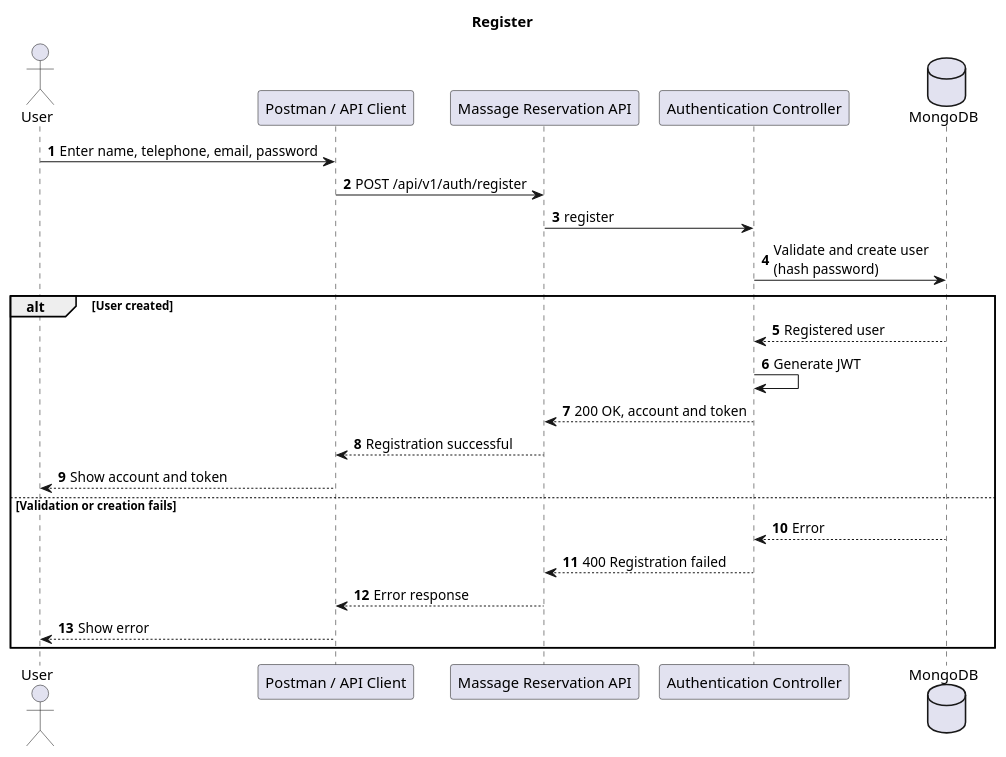
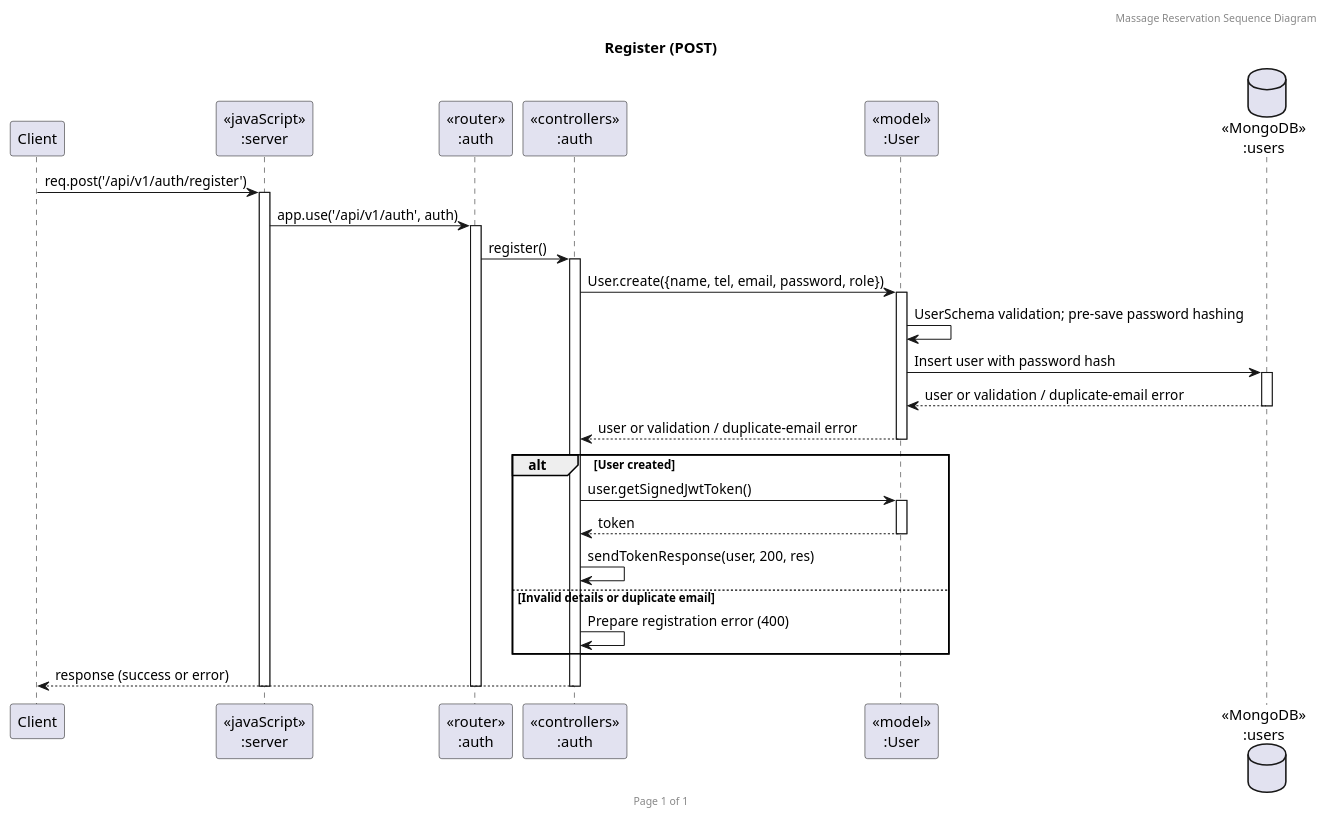
One commit to pim3567/SW-DEV-PRAC-Final-Project changed the diagram in docs/diagram/sequence-diagram/specified-requirements/01-register.puml. Above: the diagram before and after it, drawn with PlantUML. The commit also changed 12 other files, not shown here.

Commit message:
chore: modified sequence diagrams

```diff
--- a/docs/diagram/sequence-diagram/specified-requirements/01-register.puml
+++ b/docs/diagram/sequence-diagram/specified-requirements/01-register.puml
@@ -1,26 +1,33 @@
 @startuml
-title Register
-autonumber
-actor User
-participant "Postman / API Client" as Client
-participant "Massage Reservation API" as API
-participant "Authentication Controller" as Controller
-database MongoDB as DB
+header Massage Reservation Sequence Diagram
+footer Page %page% of %lastpage%
+skinparam maxMessageSize 320
+title "Register (POST)"
 
-User -> Client: Enter name, telephone, email, password
-Client -> API: POST /api/v1/auth/register
-API -> Controller: register
-Controller -> DB: Validate and create user\n(hash password)
+participant "Client" as client
+participant "<<javaScript>>\n:server" as server
+participant "<<router>>\n:auth" as router
+participant "<<controllers>>\n:auth" as controller
+participant "<<model>>\n:User" as model
+database "<<MongoDB>>\n:users" as db
+
+client -> server ++: req.post('/api/v1/auth/register')
+server -> router ++: app.use('/api/v1/auth', auth)
+router -> controller ++: register()
+controller -> model ++: User.create({name, tel, email, password, role})
+model -> model: UserSchema validation; pre-save password hashing
+model -> db ++: Insert user with password hash
+db --> model --: user or validation / duplicate-email error
+model --> controller --: user or validation / duplicate-email error
 alt User created
-    DB --> Controller: Registered user
-    Controller -> Controller: Generate JWT
-    Controller --> API: 200 OK, account and token
-    API --> Client: Registration successful
-    Client --> User: Show account and token
-else Validation or creation fails
-    DB --> Controller: Error
-    Controller --> API: 400 Registration failed
-    API --> Client: Error response
-    Client --> User: Show error
+    controller -> model ++: user.getSignedJwtToken()
+    model --> controller --: token
+    controller -> controller: sendTokenResponse(user, 200, res)
+else Invalid details or duplicate email
+    controller -> controller: Prepare registration error (400)
 end
+controller --> client --: response (success or error)
+deactivate router
+deactivate server
+
 @enduml
```
